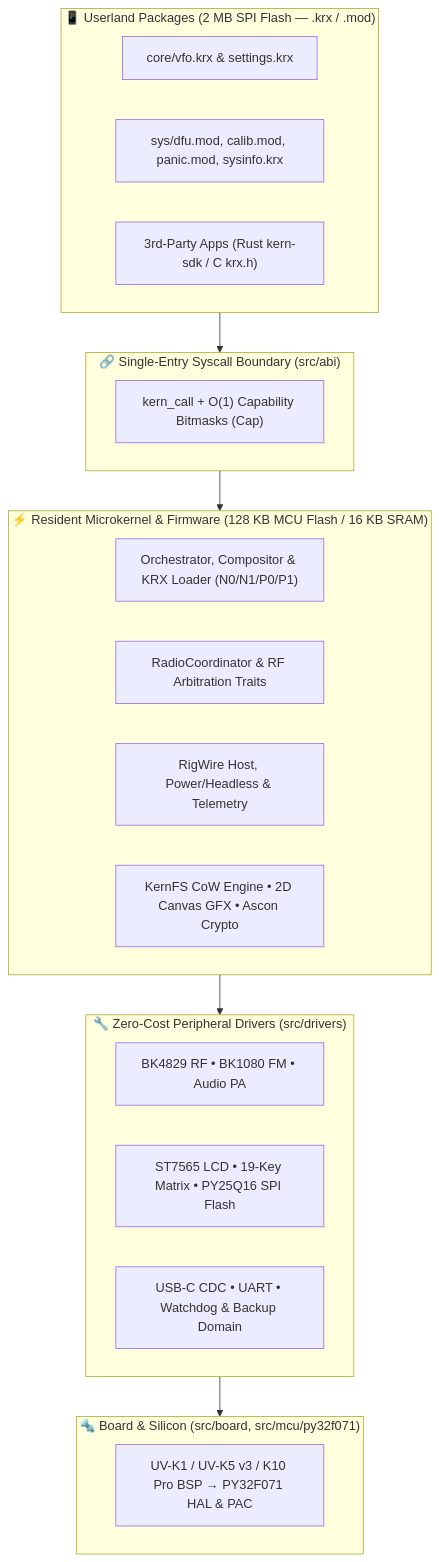
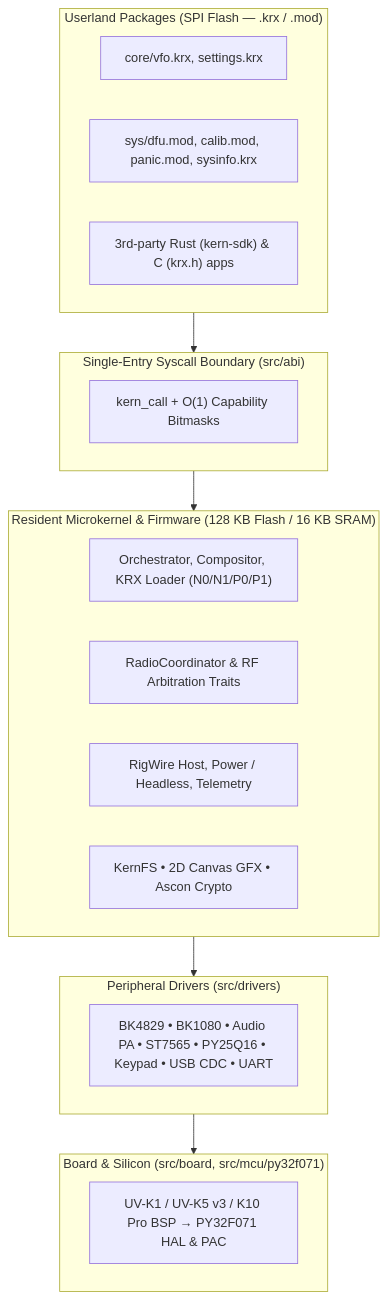
Before and after one commit to qshosfw/kern: the diagram in README.md, drawn with Mermaid. The commit also changed other lines of this file and 5 other files, not shown here.

````diff
--- a/README.md
+++ b/README.md
@@ -397,31 +402,29 @@
 ```mermaid
 flowchart TB
-    subgraph Userland["📱 Userland Packages (2 MB SPI Flash — .krx / .mod)"]
-        U1["core/vfo.krx &amp; settings.krx"]
+    subgraph Userland["Userland Packages (SPI Flash — .krx / .mod)"]
+        U1["core/vfo.krx, settings.krx"]
         U2["sys/dfu.mod, calib.mod, panic.mod, sysinfo.krx"]
-        U3["3rd-Party Apps (Rust kern-sdk / C krx.h)"]
+        U3["3rd-party Rust (kern-sdk) & C (krx.h) apps"]
     end
 
-    subgraph ABI["🔗 Single-Entry Syscall Boundary (src/abi)"]
-        A1["kern_call + O(1) Capability Bitmasks (Cap)"]
+    subgraph ABI["Single-Entry Syscall Boundary (src/abi)"]
+        A1["kern_call + O(1) Capability Bitmasks"]
     end
 
-    subgraph Kernel["⚡ Resident Microkernel &amp; Firmware (128 KB MCU Flash / 16 KB SRAM)"]
-        K1["Orchestrator, Compositor &amp; KRX Loader (N0/N1/P0/P1)"]
-        K2["RadioCoordinator &amp; RF Arbitration Traits"]
-        K3["RigWire Host, Power/Headless &amp; Telemetry"]
-        K4["KernFS CoW Engine • 2D Canvas GFX • Ascon Crypto"]
+    subgraph Kernel["Resident Microkernel & Firmware (128 KB Flash / 16 KB SRAM)"]
+        K1["Orchestrator, Compositor, KRX Loader (N0/N1/P0/P1)"]
+        K2["RadioCoordinator & RF Arbitration Traits"]
+        K3["RigWire Host, Power / Headless, Telemetry"]
+        K4["KernFS • 2D Canvas GFX • Ascon Crypto"]
     end
 
-    subgraph Drivers["🔧 Zero-Cost Peripheral Drivers (src/drivers)"]
-        D1["BK4829 RF • BK1080 FM • Audio PA"]
-        D2["ST7565 LCD • 19-Key Matrix • PY25Q16 SPI Flash"]
-        D3["USB-C CDC • UART • Watchdog &amp; Backup Domain"]
+    subgraph Drivers["Peripheral Drivers (src/drivers)"]
+        D1["BK4829 • BK1080 • Audio PA • ST7565 • PY25Q16 • Keypad • USB CDC • UART"]
     end
 
-    subgraph Silicon["🔩 Board &amp; Silicon (src/board, src/mcu/py32f071)"]
-        S1["UV-K1 / UV-K5 v3 / K10 Pro BSP → PY32F071 HAL &amp; PAC"]
+    subgraph Hardware["Board & Silicon (src/board, src/mcu/py32f071)"]
+        S1["UV-K1 / UV-K5 v3 / K10 Pro BSP → PY32F071 HAL & PAC"]
     end
 
-    Userland --> ABI --> Kernel --> Drivers --> Silicon
+    Userland --> ABI --> Kernel --> Drivers --> Hardware
 ```
````
